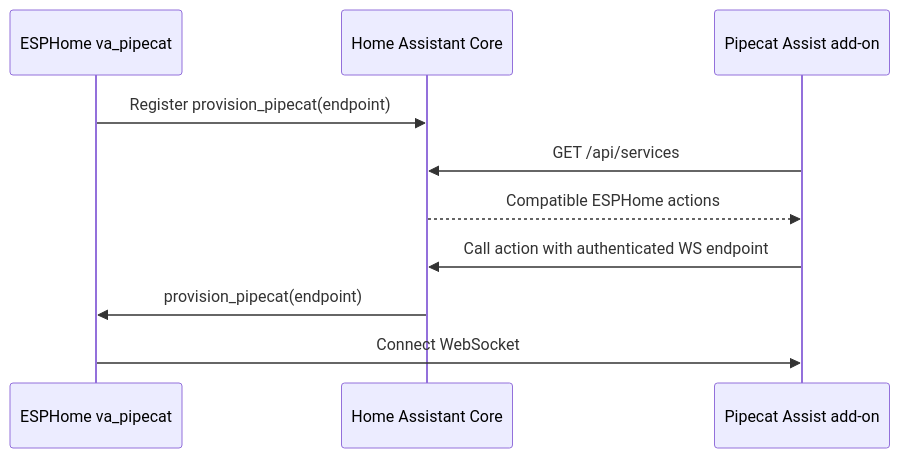
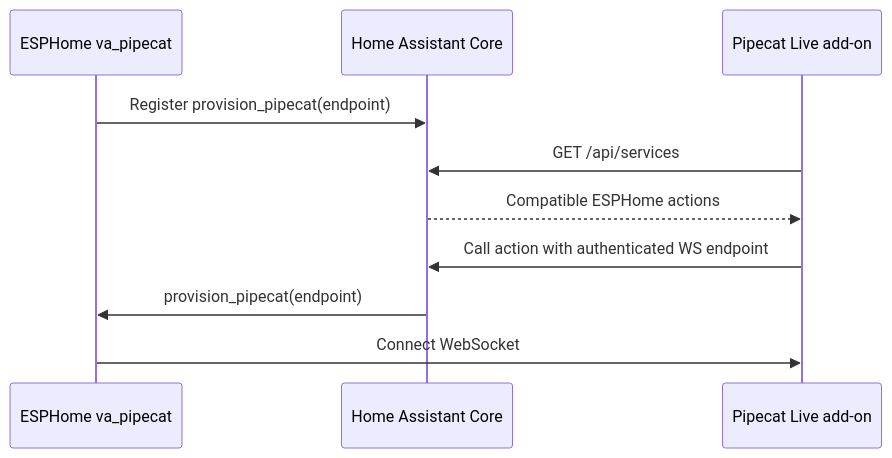
Before and after one commit to cs-gergely04/pipecat-live: the first of 2 diagrams in components/va_pipecat/README.md, drawn with Mermaid. The commit also changed other lines of this file and 39 other files, not shown here.

Commit message:
feat: add Pipecat Live custom components, Home Assistant addons, and companion UI cards

````diff
--- a/components/va_pipecat/README.md
+++ b/components/va_pipecat/README.md
@@ -130,12 +130,12 @@
 ```mermaid
 sequenceDiagram
     participant Device as ESPHome va_pipecat
     participant HA as Home Assistant Core
-    participant Addon as Pipecat Assist add-on
+    participant Addon as Pipecat Live add-on
     Device->>HA: Register provision_pipecat(endpoint)
     Addon->>HA: GET /api/services
     HA-->>Addon: Compatible ESPHome actions
     Addon->>HA: Call action with authenticated WS endpoint
     HA->>Device: provision_pipecat(endpoint)
     Device->>Addon: Connect WebSocket
 ```
````
